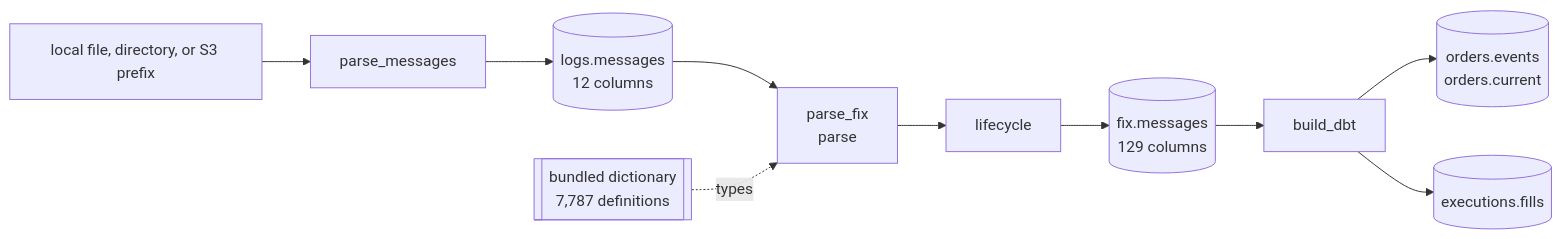
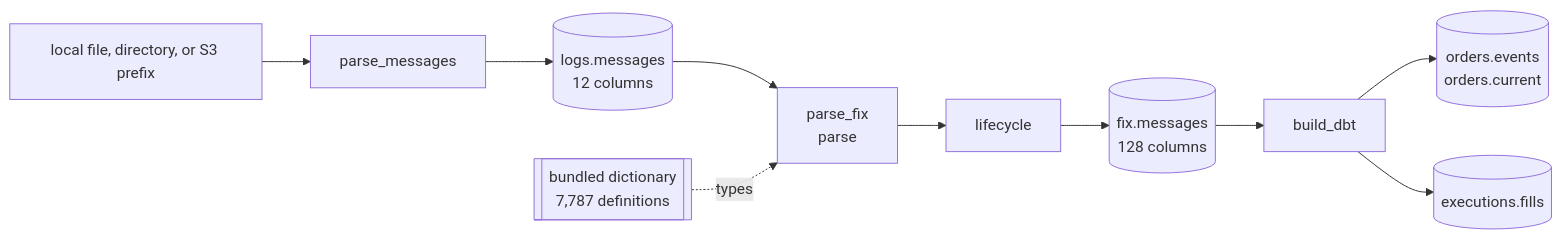
The diagram in docs/pipeline/index.md (Platob/yggfin), drawn with Mermaid before and after one commit. The commit also changed 12 other files, not shown here.

````diff
--- a/docs/pipeline/index.md
+++ b/docs/pipeline/index.md
@@ -6,12 +6,12 @@
 ```mermaid
 flowchart LR
     U["local file, directory, or S3 prefix"] --> T["parse_messages"]
     T --> M[("logs.messages<br/>12 columns")]
     M --> F["parse_fix<br/>parse"]
     R[["bundled dictionary<br/>7,787 definitions"]] -.types.-> F
     F --> L["lifecycle"]
-    L --> X[("fix.messages<br/>129 columns")]
+    L --> X[("fix.messages<br/>128 columns")]
     X --> B["build_dbt"]
     B --> O[("orders.events<br/>orders.current")]
     B --> C[("executions.fills")]
 ```
````
